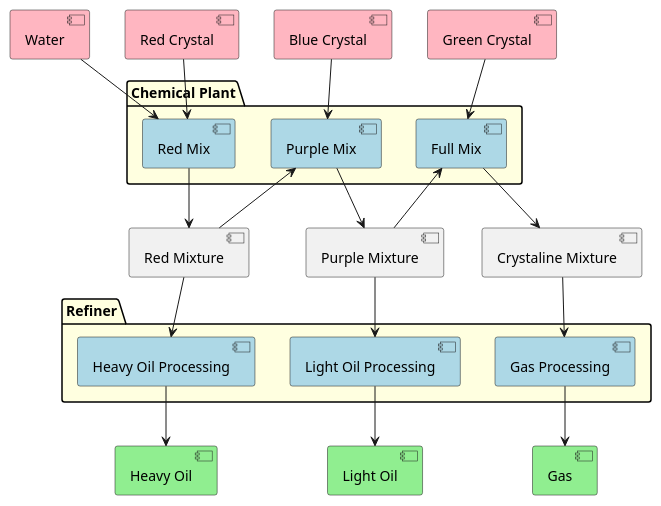
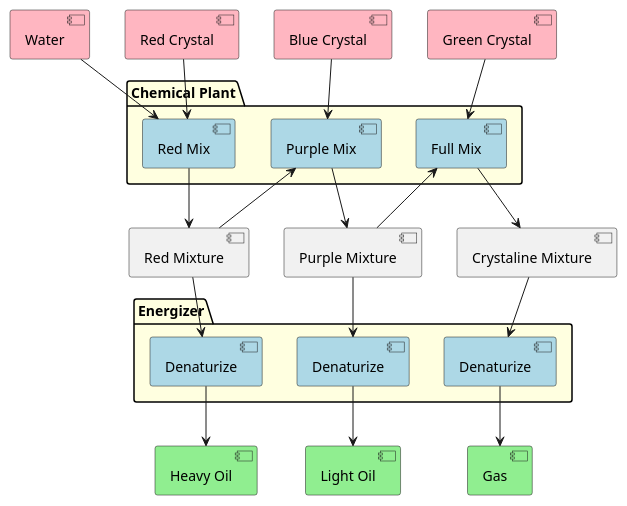
One commit to Thomas-De-Praetere/CrystalMod changed the diagram in Documentation/OilFlow.puml. Above: the diagram before and after it, drawn with PlantUML. The commit also changed 1 other file, not shown here.

Commit message:
Updated oil flow and created power flow

```diff
--- a/Documentation/OilFlow.puml
+++ b/Documentation/OilFlow.puml
@@ -1,53 +1,53 @@
 @startuml
 
 hide methods
 hide fields
 hide circle
 
 [Water] as W #lightpink
 [Red Mixture] as RM
 [Purple Mixture] as PM
 [Crystaline Mixture] as CM
 
 [Red Crystal] as RC #lightpink
 [Blue Crystal] as BC #lightpink
 [Green Crystal] as GC #lightpink
 
 [Heavy Oil] as HO #lightgreen
 [Light Oil] as LO #lightgreen
 [Gas] as G #lightgreen
 
 package "Chemical Plant" #lightyellow {
 [Red Mix] as CPR #lightblue
 [Purple Mix] as CPB #lightblue
 [Full Mix] as CPG #lightblue
 }
 
-package Refiner #lightyellow {
-[Heavy Oil Processing] as HOP #lightblue
-[Light Oil Processing] as LOP #lightblue
-[Gas Processing] as GP #lightblue
+package Energizer #lightyellow {
+[Denaturize] as HOP #lightblue
+[Denaturize] as LOP #lightblue
+[Denaturize] as GP #lightblue
 }
 
 
 W --> CPR
 RC --> CPR
 CPR --> RM
 
 RM --> CPB
 BC --> CPB
 CPB --> PM
 
 PM --> CPG
 GC --> CPG
 CPG --> CM
 
 RM --> HOP
 HOP --> HO
 
 PM --> LOP
 LOP --> LO
 
 CM --> GP
 GP --> G
 @enduml
```
